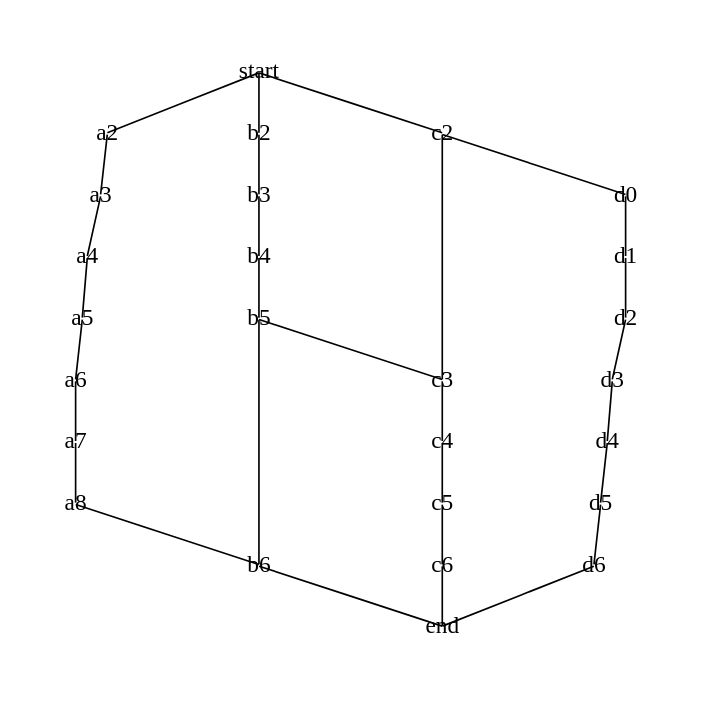
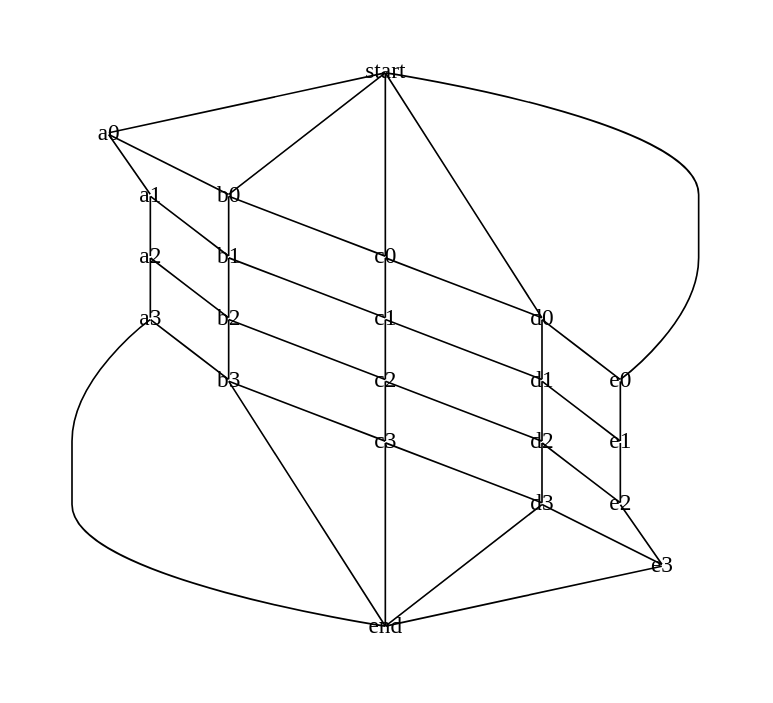
Before and after one commit to MarkusYPA/lem-in: the diagram in viz/graph.gv, drawn with Graphviz. The commit also changed 10 other files, not shown here.

```diff
--- a/viz/graph.gv
+++ b/viz/graph.gv
@@ -1,82 +1,77 @@
 digraph G {
     ratio=1;
     pad=0.5;
     edge [arrowhead=none];
 
     start [shape=box];
     end [shape=box];
 
-    # [fixedsize=true height= 0, width=0 color="transparent"];
-    # [fixedsize=true height= 0, width=0 color="transparent"];
-    # [fixedsize=true height= 0, width=0 color="transparent"];
-    # [fixedsize=true height= 0, width=0 color="transparent"];
-    # [fixedsize=true height= 0, width=0 color="transparent"];
-    # [fixedsize=true height= 0, width=0 color="transparent"];
-    # [fixedsize=true height= 0, width=0 color="transparent"];
-    # [fixedsize=true height= 0, width=0 color="transparent"];
-    # [fixedsize=true height= 0, width=0 color="transparent"];
-    # [fixedsize=true height= 0, width=0 color="transparent"];
-    # [fixedsize=true height= 0, width=0 color="transparent"];
-    # [fixedsize=true height= 0, width=0 color="transparent"];
-    # [fixedsize=true height= 0, width=0 color="transparent"];
     start [fixedsize=true height= 0, width=0 color="transparent"];
+    a0 [fixedsize=true height= 0, width=0 color="transparent"];
+    b0 [fixedsize=true height= 0, width=0 color="transparent"];
+    c0 [fixedsize=true height= 0, width=0 color="transparent"];
     d0 [fixedsize=true height= 0, width=0 color="transparent"];
+    e0 [fixedsize=true height= 0, width=0 color="transparent"];
+    a1 [fixedsize=true height= 0, width=0 color="transparent"];
+    b1 [fixedsize=true height= 0, width=0 color="transparent"];
+    c1 [fixedsize=true height= 0, width=0 color="transparent"];
     d1 [fixedsize=true height= 0, width=0 color="transparent"];
+    e1 [fixedsize=true height= 0, width=0 color="transparent"];
     a2 [fixedsize=true height= 0, width=0 color="transparent"];
     b2 [fixedsize=true height= 0, width=0 color="transparent"];
     c2 [fixedsize=true height= 0, width=0 color="transparent"];
     d2 [fixedsize=true height= 0, width=0 color="transparent"];
+    e2 [fixedsize=true height= 0, width=0 color="transparent"];
     a3 [fixedsize=true height= 0, width=0 color="transparent"];
     b3 [fixedsize=true height= 0, width=0 color="transparent"];
     c3 [fixedsize=true height= 0, width=0 color="transparent"];
     d3 [fixedsize=true height= 0, width=0 color="transparent"];
-    a4 [fixedsize=true height= 0, width=0 color="transparent"];
-    b4 [fixedsize=true height= 0, width=0 color="transparent"];
-    c4 [fixedsize=true height= 0, width=0 color="transparent"];
-    d4 [fixedsize=true height= 0, width=0 color="transparent"];
-    a5 [fixedsize=true height= 0, width=0 color="transparent"];
-    b5 [fixedsize=true height= 0, width=0 color="transparent"];
-    c5 [fixedsize=true height= 0, width=0 color="transparent"];
-    d5 [fixedsize=true height= 0, width=0 color="transparent"];
-    a6 [fixedsize=true height= 0, width=0 color="transparent"];
-    b6 [fixedsize=true height= 0, width=0 color="transparent"];
-    c6 [fixedsize=true height= 0, width=0 color="transparent"];
-    d6 [fixedsize=true height= 0, width=0 color="transparent"];
-    a7 [fixedsize=true height= 0, width=0 color="transparent"];
-    a8 [fixedsize=true height= 0, width=0 color="transparent"];
+    e3 [fixedsize=true height= 0, width=0 color="transparent"];
     end [fixedsize=true height= 0, width=0 color="transparent"];
     # [fixedsize=true height= 0, width=0 color="transparent"];
     # [fixedsize=true height= 0, width=0 color="transparent"];
     # [fixedsize=true height= 0, width=0 color="transparent"];
     # [fixedsize=true height= 0, width=0 color="transparent"];
 
-    start -> a2;
-    start -> b2;
-    start -> c2;
-    b6 -> end;
-    c6 -> end;
-    d6 -> end;
+    start -> a0;
+    start -> b0;
+    start -> c0;
+    start -> d0;
+    start -> e0;
+    a3 -> end;
+    b3 -> end;
+    c3 -> end;
+    d3 -> end;
+    e3 -> end;
+    a0 -> b0;
+    b0 -> c0;
+    c0 -> d0;
+    d0 -> e0;
+    a1 -> b1;
+    b1 -> c1;
+    c1 -> d1;
+    d1 -> e1;
+    a2 -> b2;
+    b2 -> c2;
+    c2 -> d2;
+    d2 -> e2;
+    a3 -> b3;
+    b3 -> c3;
+    c3 -> d3;
+    d3 -> e3;
+    a0 -> a1;
+    a1 -> a2;
     a2 -> a3;
-    a3 -> a4;
-    a4 -> a5;
-    a5 -> a6;
-    a6 -> a7;
-    a7 -> a8;
+    b0 -> b1;
+    b1 -> b2;
     b2 -> b3;
-    b3 -> b4;
-    b4 -> b5;
-    b5 -> b6;
+    c0 -> c1;
+    c1 -> c2;
     c2 -> c3;
-    c3 -> c4;
-    c4 -> c5;
-    c5 -> c6;
     d0 -> d1;
     d1 -> d2;
     d2 -> d3;
-    d3 -> d4;
-    d4 -> d5;
-    d5 -> d6;
-    a8 -> b6;
-    b5 -> c3;
-    c2 -> d0;
+    e0 -> e1;
+    e1 -> e2;
+    e2 -> e3;
 }
```
